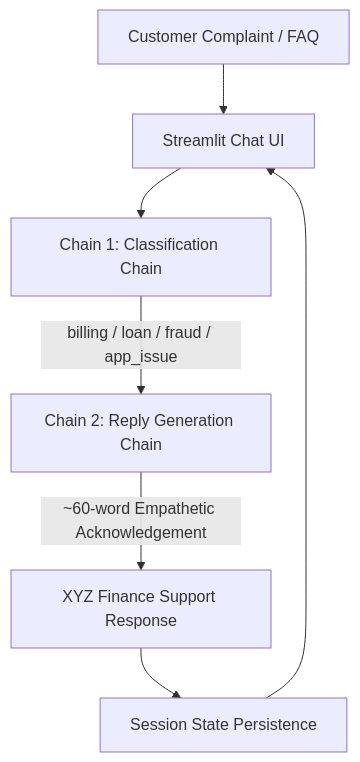
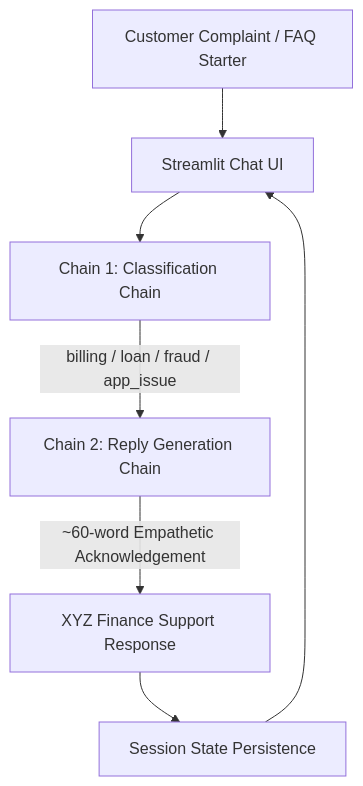
The diagram in README.md (kishan0818/Complaint_Desk), drawn with Mermaid before and after one commit. The commit also changed other lines of this file and 2 other files, not shown here.

Commit message:
docs: update README with unified app architecture, quickstart guides, and rubric details

````diff
--- a/README.md
+++ b/README.md
@@ -48,9 +53,9 @@
 ```mermaid
 graph TD
-    A[Customer Complaint / FAQ] --> B[Streamlit Chat UI]
+    A[Customer Complaint / FAQ Starter] --> B[Streamlit Chat UI]
     B --> C[Chain 1: Classification Chain]
     C -->|billing / loan / fraud / app_issue| D[Chain 2: Reply Generation Chain]
     D -->|~60-word Empathetic Acknowledgement| E[XYZ Finance Support Response]
     E --> F[Session State Persistence]
     F --> B
 ```
````
